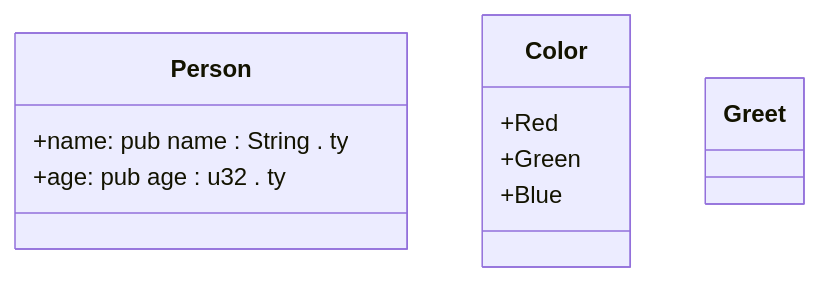
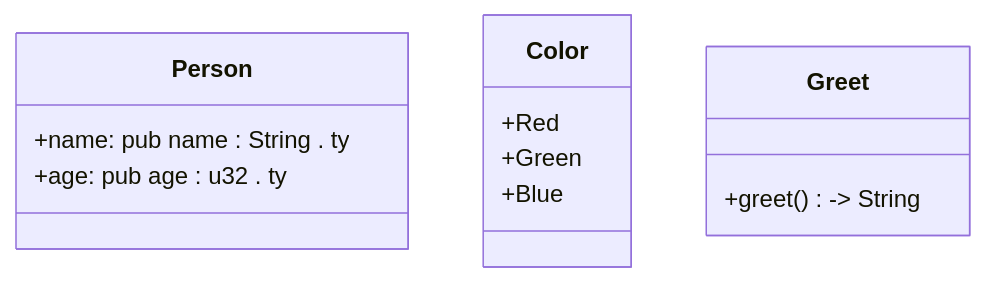
One commit to gusjengis/mermaid-class-diagrams changed the diagram in diagram.mmd. Above: the diagram before and after it, drawn with Mermaid. The commit also changed 1 other file, not shown here.

```diff
--- a/diagram.mmd
+++ b/diagram.mmd
@@ -1,15 +1,16 @@
 classDiagram
 
 class Person {
   +name: pub name : String . ty
   +age: pub age : u32 . ty
 }
 
 class Color {
   +Red
   +Green
   +Blue
 }
 
 class Greet {
+  +greet() -> String
 }
```
